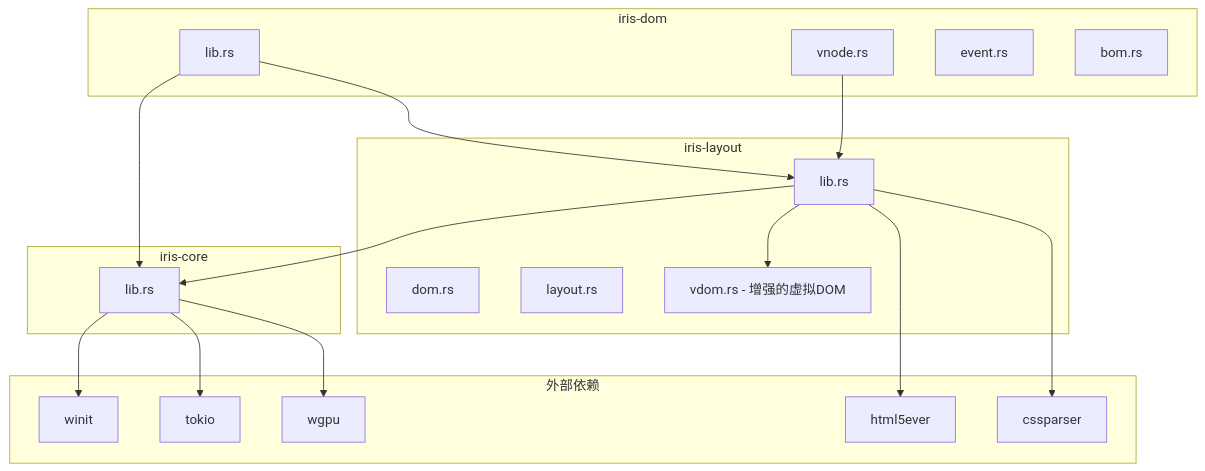
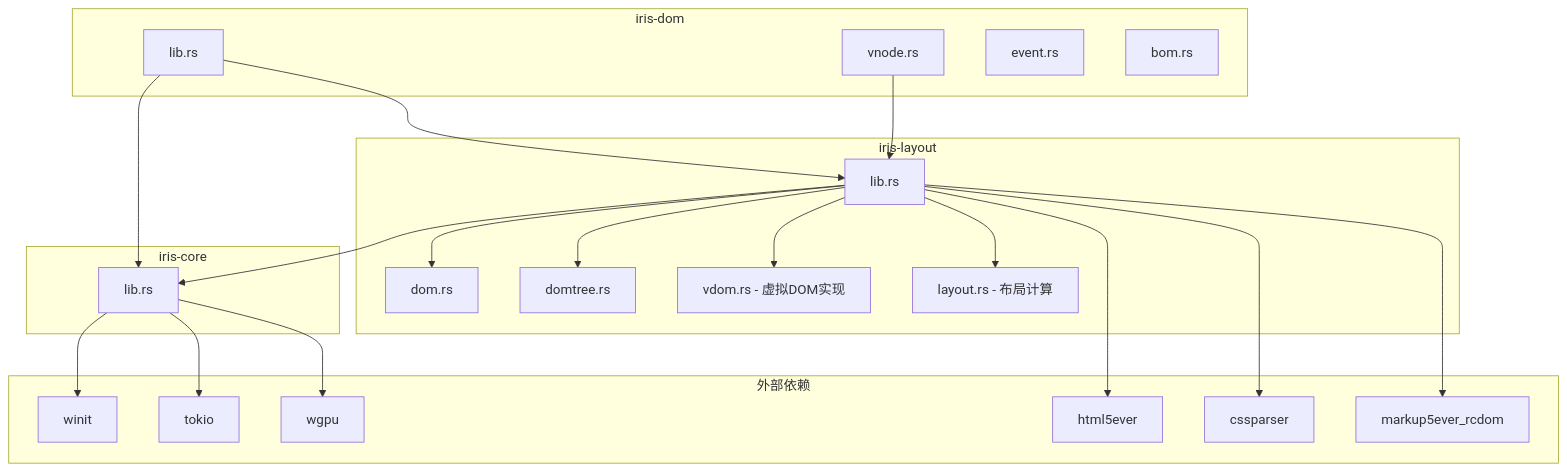
Before and after one commit to itszzl-sudo/iris: diagram 11 of 11 in .qoder/repowiki/zh/content/技术架构详解/跨端抽象层/iris-dom虚拟DOM系统.md, drawn with Mermaid. The commit also changed other lines of this file and 8 other files, not shown here.

````diff
--- a/.qoder/repowiki/zh/content/技术架构详解/跨端抽象层/iris-dom虚拟DOM系统.md
+++ b/.qoder/repowiki/zh/content/技术架构详解/跨端抽象层/iris-dom虚拟DOM系统.md
@@ -463,35 +554,41 @@
 ```mermaid
 graph TB
 subgraph "iris-dom"
 A[lib.rs]
 B[vnode.rs]
 C[event.rs]
 D[bom.rs]
 end
 subgraph "iris-core"
 E[lib.rs]
 end
 subgraph "iris-layout"
 F[lib.rs]
 G[dom.rs]
-H[layout.rs]
-I[vdom.rs - 增强的虚拟DOM]
+H[domtree.rs]
+I[vdom.rs - 虚拟DOM实现]
+J[layout.rs - 布局计算]
 end
 A --> E
 A --> F
 B --> F
 F --> E
 F --> I
+F --> G
+F --> H
+F --> J
 subgraph "外部依赖"
-J[winit]
-K[tokio]
-L[wgpu]
-M[html5ever]
-N[cssparser]
+K[winit]
+L[tokio]
+M[wgpu]
+N[html5ever]
+O[cssparser]
+P[markup5ever_rcdom]
 end
-E --> J
 E --> K
 E --> L
-F --> M
+E --> M
 F --> N
+F --> O
+F --> P
 ```
````
